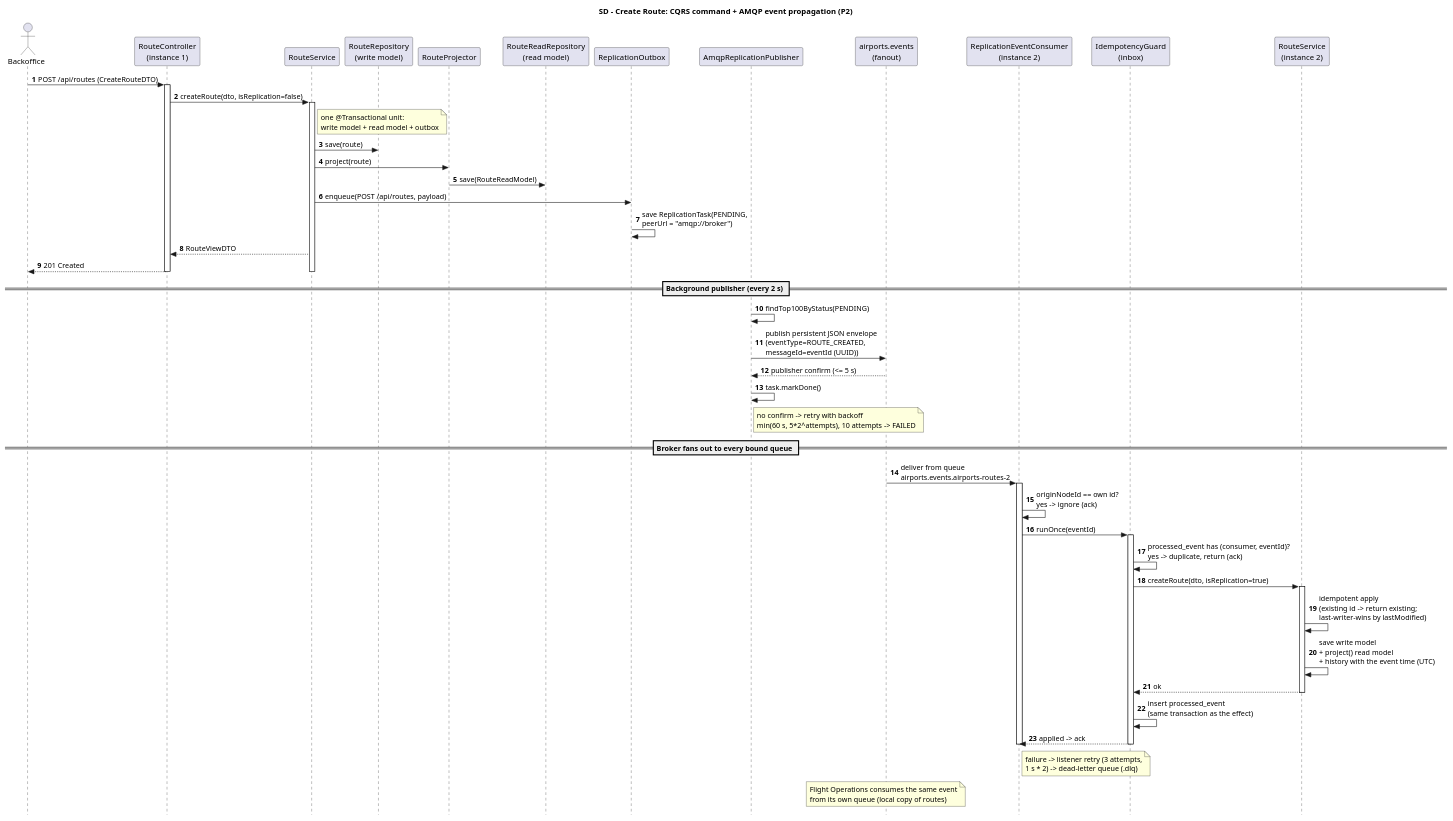
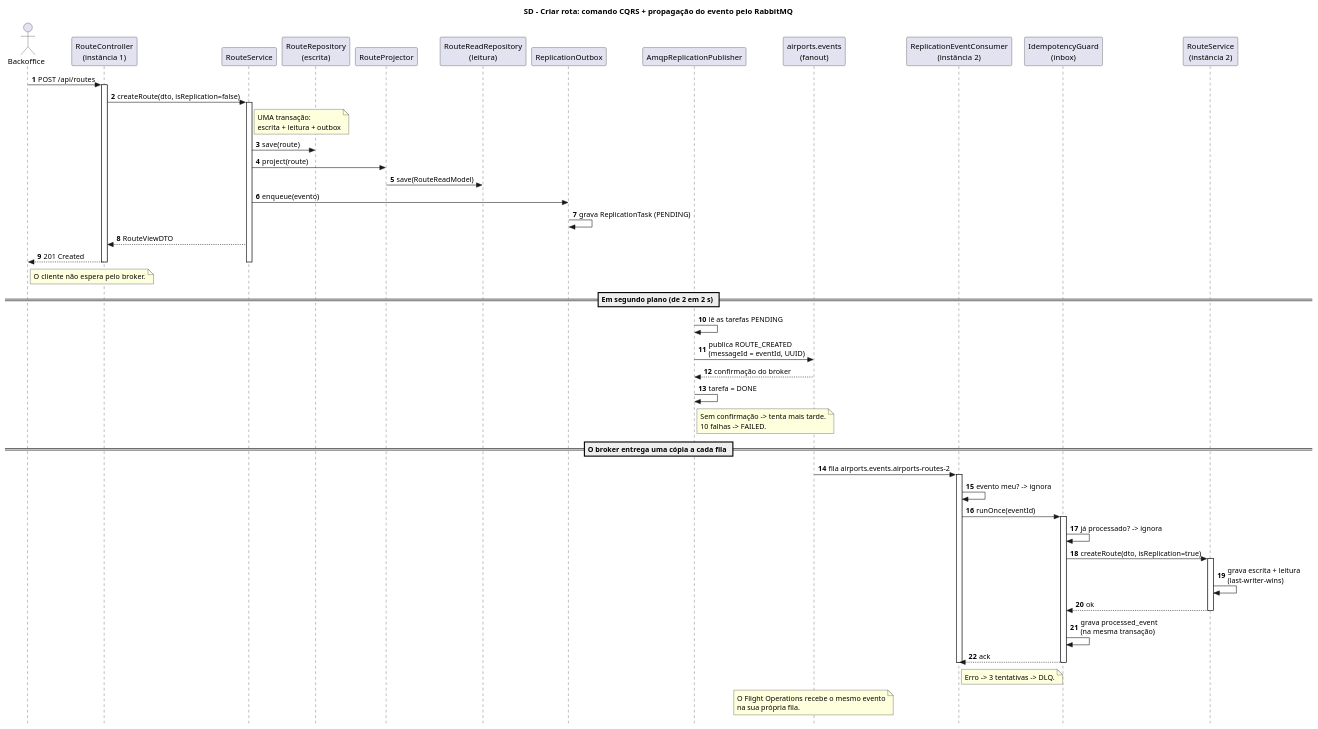
Before and after one commit to anamartasilvaa/SIDIG_AI_Safe: the diagram in Services/Airport e Routes/airports-routes-service/docs/E2/sd-amqp-event-propagation.puml, drawn with PlantUML. The commit also changed 31 other files, not shown here.

Commit message:
Airports: snapshot no arranque com BD vazia, 503 com BD em baixo, diagramas e READMEs da Entrega 2 atualizados

```diff
--- a/Services/Airport e Routes/airports-routes-service/docs/E2/sd-amqp-event-propagation.puml
+++ b/Services/Airport e Routes/airports-routes-service/docs/E2/sd-amqp-event-propagation.puml
@@ -1,60 +1,60 @@
 @startuml sd-amqp-event-propagation
 skinparam style strictuml
 autonumber
-title SD - Create Route: CQRS command + AMQP event propagation (P2)
+title SD - Criar rota: comando CQRS + propagação do evento pelo RabbitMQ
 
 actor "Backoffice" as User
-participant "RouteController\n(instance 1)" as Ctrl
+participant "RouteController\n(instância 1)" as Ctrl
 participant "RouteService" as Svc
-participant "RouteRepository\n(write model)" as RR
+participant "RouteRepository\n(escrita)" as RR
 participant "RouteProjector" as Proj
-participant "RouteReadRepository\n(read model)" as RM
+participant "RouteReadRepository\n(leitura)" as RM
 participant "ReplicationOutbox" as Outbox
 participant "AmqpReplicationPublisher" as Pub
 participant "airports.events\n(fanout)" as Ex
-participant "ReplicationEventConsumer\n(instance 2)" as Cons2
+participant "ReplicationEventConsumer\n(instância 2)" as Cons2
 participant "IdempotencyGuard\n(inbox)" as Inbox
-participant "RouteService\n(instance 2)" as Svc2
+participant "RouteService\n(instância 2)" as Svc2
 
-User -> Ctrl : POST /api/routes (CreateRouteDTO)
+User -> Ctrl : POST /api/routes
 activate Ctrl
 Ctrl -> Svc : createRoute(dto, isReplication=false)
 activate Svc
-note right of Svc : one @Transactional unit:\nwrite model + read model + outbox
+note right of Svc : UMA transação:\nescrita + leitura + outbox
 Svc -> RR : save(route)
 Svc -> Proj : project(route)
 Proj -> RM : save(RouteReadModel)
-Svc -> Outbox : enqueue(POST /api/routes, payload)
-Outbox -> Outbox : save ReplicationTask(PENDING,\npeerUrl = "amqp://broker")
+Svc -> Outbox : enqueue(evento)
+Outbox -> Outbox : grava ReplicationTask (PENDING)
 Svc --> Ctrl : RouteViewDTO
 Ctrl --> User : 201 Created
 deactivate Svc
 deactivate Ctrl
+note right of User : O cliente não espera pelo broker.
 
-== Background publisher (every 2 s) ==
-Pub -> Pub : findTop100ByStatus(PENDING)
-Pub -> Ex : publish persistent JSON envelope\n(eventType=ROUTE_CREATED,\nmessageId=eventId (UUID))
-Ex --> Pub : publisher confirm (<= 5 s)
-Pub -> Pub : task.markDone()
-note right of Pub : no confirm -> retry with backoff\nmin(60 s, 5*2^attempts), 10 attempts -> FAILED
+== Em segundo plano (de 2 em 2 s) ==
+Pub -> Pub : lê as tarefas PENDING
+Pub -> Ex : publica ROUTE_CREATED\n(messageId = eventId, UUID)
+Ex --> Pub : confirmação do broker
+Pub -> Pub : tarefa = DONE
+note right of Pub : Sem confirmação -> tenta mais tarde.\n10 falhas -> FAILED.
 
-== Broker fans out to every bound queue ==
-Ex -> Cons2 : deliver from queue\nairports.events.airports-routes-2
+== O broker entrega uma cópia a cada fila ==
+Ex -> Cons2 : fila airports.events.airports-routes-2
 activate Cons2
-Cons2 -> Cons2 : originNodeId == own id?\nyes -> ignore (ack)
+Cons2 -> Cons2 : evento meu? -> ignora
 Cons2 -> Inbox : runOnce(eventId)
 activate Inbox
-Inbox -> Inbox : processed_event has (consumer, eventId)?\nyes -> duplicate, return (ack)
+Inbox -> Inbox : já processado? -> ignora
 Inbox -> Svc2 : createRoute(dto, isReplication=true)
 activate Svc2
-Svc2 -> Svc2 : idempotent apply\n(existing id -> return existing;\nlast-writer-wins by lastModified)
-Svc2 -> Svc2 : save write model\n+ project() read model\n+ history with the event time (UTC)
+Svc2 -> Svc2 : grava escrita + leitura\n(last-writer-wins)
 Svc2 --> Inbox : ok
 deactivate Svc2
-Inbox -> Inbox : insert processed_event\n(same transaction as the effect)
-Inbox --> Cons2 : applied -> ack
+Inbox -> Inbox : grava processed_event\n(na mesma transação)
+Inbox --> Cons2 : ack
 deactivate Inbox
 deactivate Cons2
-note right of Cons2 : failure -> listener retry (3 attempts,\n1 s * 2) -> dead-letter queue (.dlq)
-note over Ex : Flight Operations consumes the same event\nfrom its own queue (local copy of routes)
+note right of Cons2 : Erro -> 3 tentativas -> DLQ.
+note over Ex : O Flight Operations recebe o mesmo evento\nna sua própria fila.
 @enduml
```
